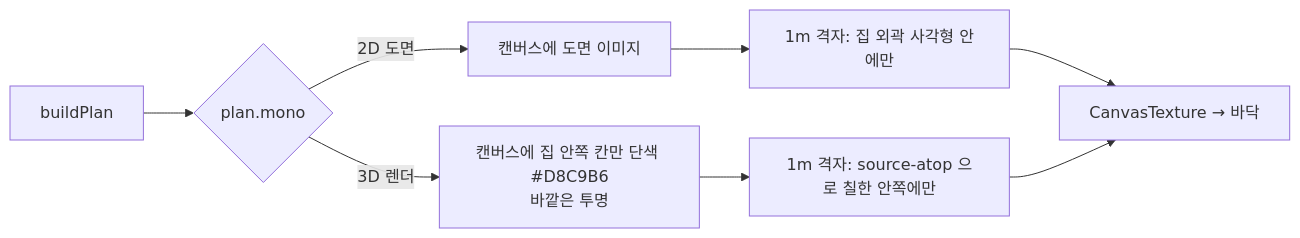
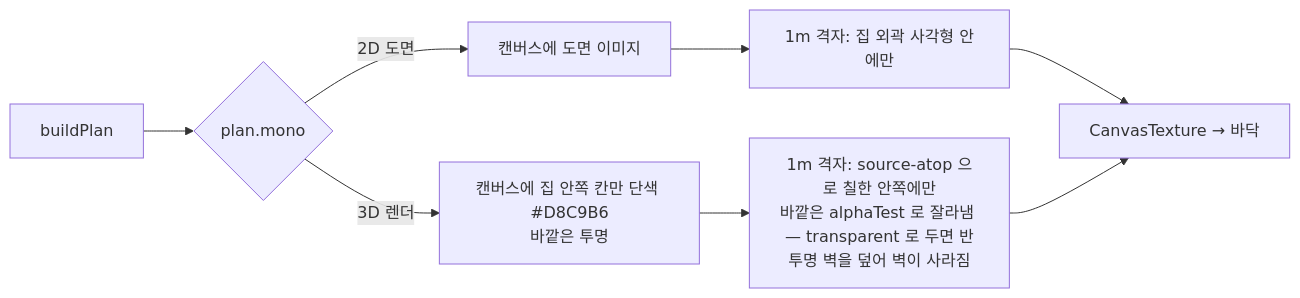
The third of 3 diagrams in docs/design/평면도3D.md (DioneLee/suitable-home), drawn with Mermaid before and after one commit. The commit also changed 1 other file, not shown here.

Commit message:
fix: 3D 단색 바닥이 반투명 벽을 덮어 벽이 사라지던 문제
- 바닥을 transparent 대신 alphaTest 로 바깥만 잘라내 벽보다 먼저 그리도록 수정

````diff
--- a/docs/design/평면도3D.md
+++ b/docs/design/평면도3D.md
@@ -44,10 +44,10 @@
 ```mermaid
 flowchart LR
   A[buildPlan] --> B{plan.mono}
   B -- 2D 도면 --> C[캔버스에 도면 이미지]
   B -- 3D 렌더 --> D[캔버스에 집 안쪽 칸만 단색 #D8C9B6<br/>바깥은 투명]
   C --> E[1m 격자: 집 외곽 사각형 안에만]
-  D --> F[1m 격자: source-atop 으로 칠한 안쪽에만]
+  D --> F[1m 격자: source-atop 으로 칠한 안쪽에만<br/>바깥은 alphaTest 로 잘라냄 — transparent 로 두면 반투명 벽을 덮어 벽이 사라짐]
   E --> G[CanvasTexture → 바닥]
   F --> G
 ```
````
